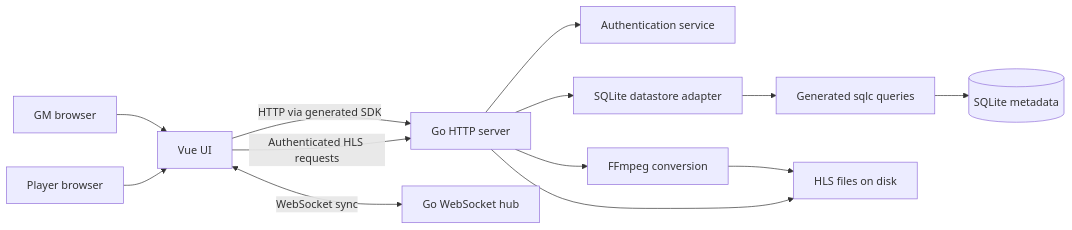
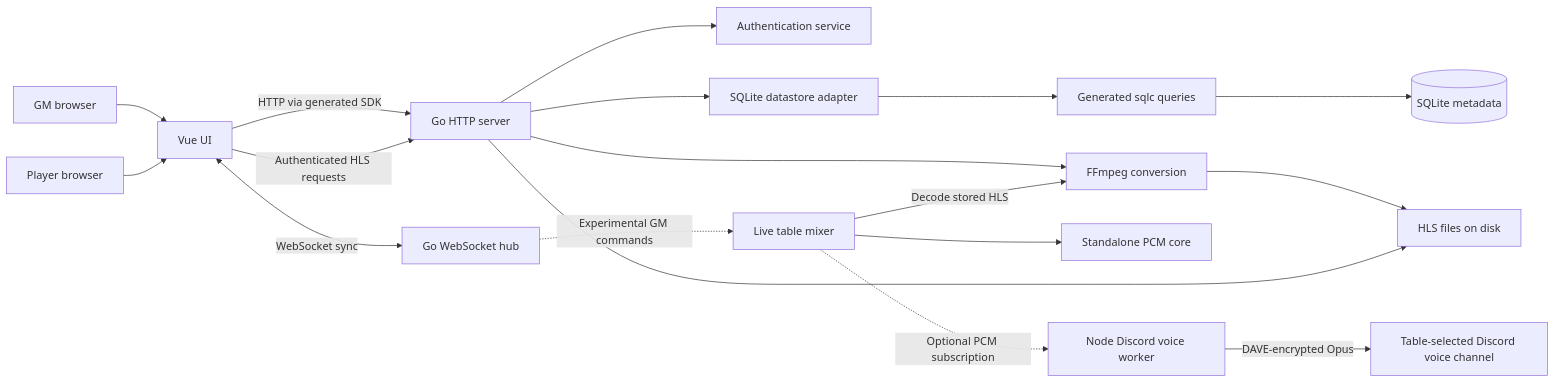
Before and after one commit to terrabitz/rpg-audio-streamer: the diagram in docs/architecture.md, drawn with Mermaid. The commit also changed other lines of this file and 83 other files, not shown here.

Commit message:
feat: stream table mixes to Discord

````diff
--- a/docs/architecture.md
+++ b/docs/architecture.md
@@ -11,15 +11,20 @@
 ```mermaid
 flowchart LR
   GM[GM browser] --> UI[Vue UI]
   Player[Player browser] --> UI
   UI -->|HTTP via generated SDK| API[Go HTTP server]
   UI <-->|WebSocket sync| Hub[Go WebSocket hub]
   UI -->|Authenticated HLS requests| API
   API --> Auth[Authentication service]
   API --> Store[SQLite datastore adapter]
   Store --> Queries[Generated sqlc queries]
   Queries --> DB[(SQLite metadata)]
   API --> FFmpeg[FFmpeg conversion]
   FFmpeg --> Uploads[HLS files on disk]
   API --> Uploads
+  Hub -.->|Experimental GM commands| Mix[Live table mixer]
+  Mix --> PCM[Standalone PCM core]
+  Mix -->|Decode stored HLS| FFmpeg
+  Mix -.->|Optional PCM subscription| Voice[Node Discord voice worker]
+  Voice -->|DAVE-encrypted Opus| Discord[Table-selected Discord voice channel]
 ```
````
